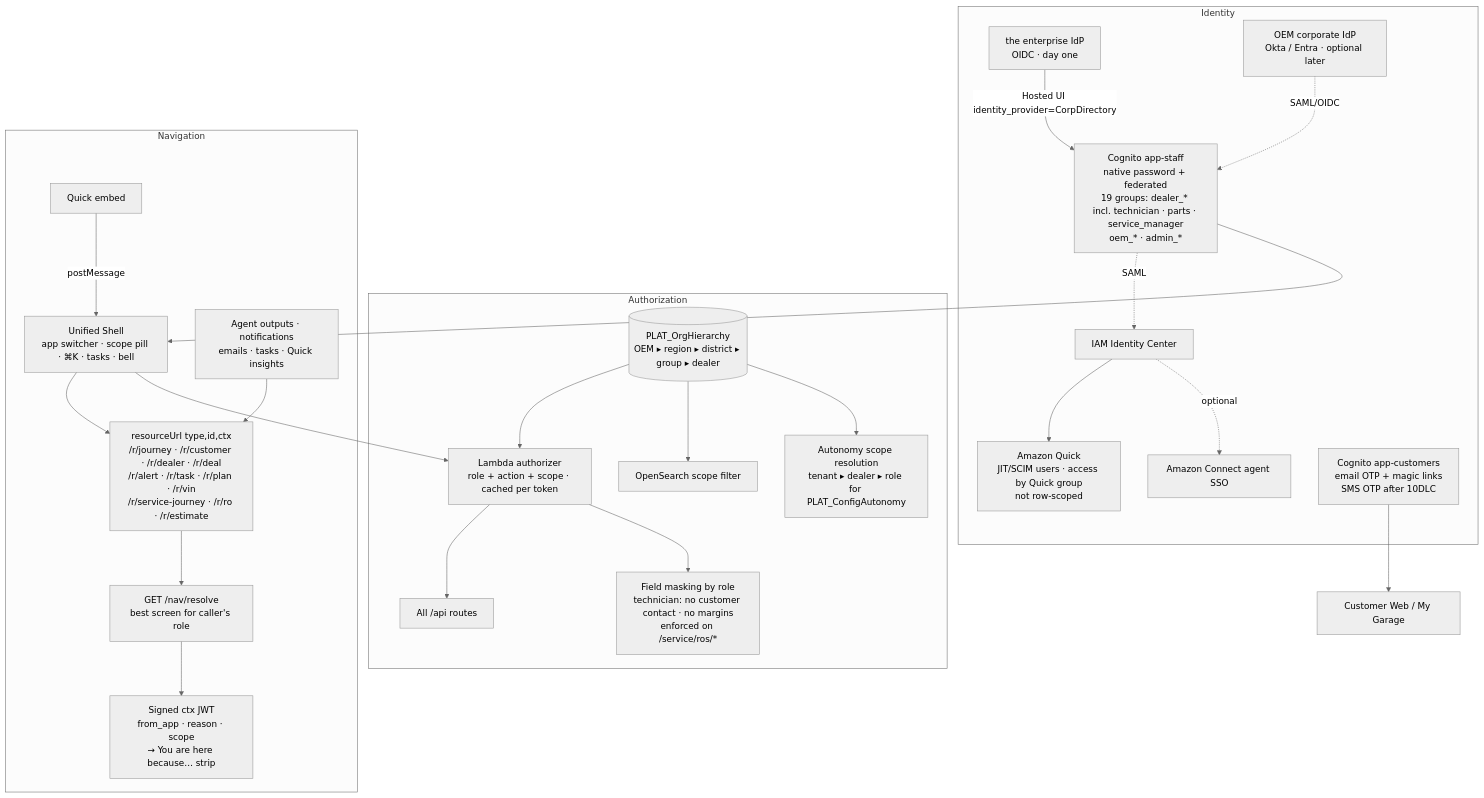
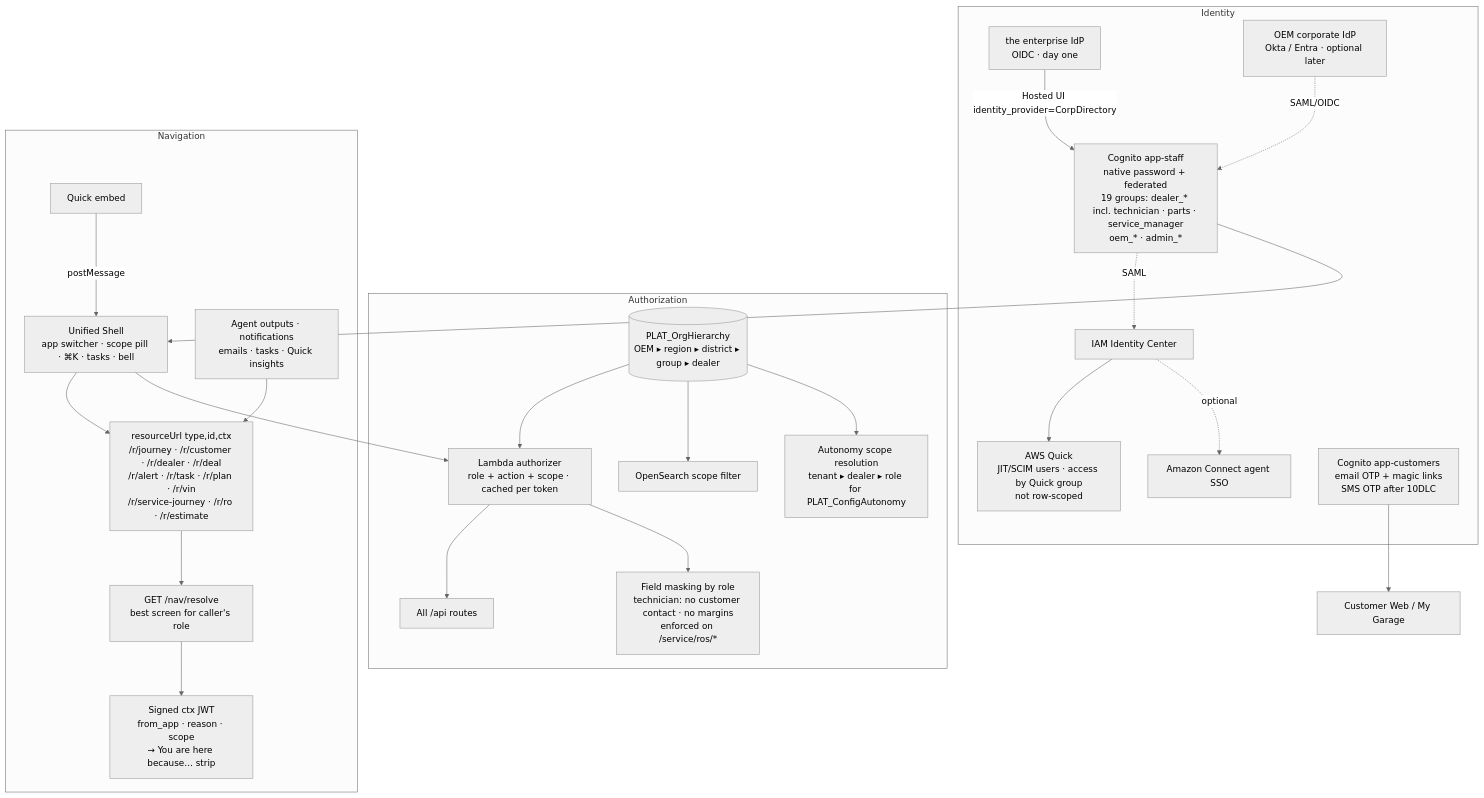
Diagram 11 of 16 in docs/specs/retail-ops-architecture.md (aws-solutions-library-samples/guidance-for-automotive-retail-operations-using-agentic-ai-on-aws), drawn with Mermaid (neutral theme) before and after one commit. The commit also changed other lines of this file and 80 other files, not shown here.

First line of the commit message:
Rename Amazon Quick to AWS Quick; use fictional brands in reference text

````diff
--- a/docs/specs/retail-ops-architecture.md
+++ b/docs/specs/retail-ops-architecture.md
@@ -721,35 +721,35 @@
 ```mermaid
 flowchart TB
   subgraph Identity
     FED[the enterprise IdP<br/>OIDC · day one] -- Hosted UI identity_provider=CorpDirectory --> CSTAFF[Cognito app-staff<br/>native password + federated<br/>19 groups: dealer_* incl. technician · parts · service_manager<br/>oem_* · admin_*]
     CORP[OEM corporate IdP<br/>Okta / Entra · optional later] -. SAML/OIDC .-> CSTAFF
     CSTAFF -. SAML .-> IDC[IAM Identity Center]
-    IDC --> QUICK[Amazon Quick<br/>JIT/SCIM users · access by Quick group<br/>not row-scoped]
+    IDC --> QUICK[AWS Quick<br/>JIT/SCIM users · access by Quick group<br/>not row-scoped]
     IDC -. optional .-> CONN[Amazon Connect agent SSO]
     CCUST[Cognito app-customers<br/>email OTP + magic links<br/>SMS OTP after 10DLC]
   end
 
   subgraph Authorization
     ORG[(PLAT_OrgHierarchy<br/>OEM ▸ region ▸ district ▸ group ▸ dealer)]
     AUTHZ[Lambda authorizer<br/>role + action + scope · cached per token]
     ORG --> AUTHZ
     AUTHZ --> APIS[All /api routes]
     AUTHZ --> MASK[Field masking by role<br/>technician: no customer contact · no margins<br/>enforced on /service/ros/*]
     ORG --> OSF[OpenSearch scope filter]
     ORG --> AUTS[Autonomy scope resolution<br/>tenant ▸ dealer ▸ role for PLAT_ConfigAutonomy]
   end
 
   subgraph Navigation
     SHELL[Unified Shell<br/>app switcher · scope pill · ⌘K · tasks · bell]
     URL[resourceUrl type,id,ctx<br/>/r/journey · /r/customer · /r/dealer · /r/deal<br/>/r/alert · /r/task · /r/plan · /r/vin<br/>/r/service-journey · /r/ro · /r/estimate]
     RES[GET /nav/resolve<br/>best screen for caller's role]
     CTX[Signed ctx JWT<br/>from_app · reason · scope<br/>→ You are here because… strip]
     SHELL --> URL --> RES --> CTX
     QEMB[Quick embed] -- postMessage --> SHELL
     AGO[Agent outputs · notifications<br/>emails · tasks · Quick insights] --> URL
   end
 
   CSTAFF --> SHELL
   CCUST --> MYG[Customer Web / My Garage]
   SHELL --> AUTHZ
 ```
````
